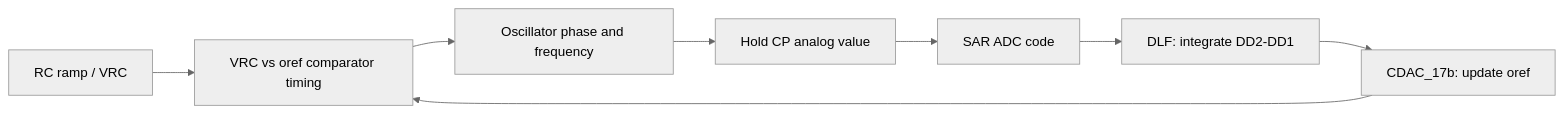
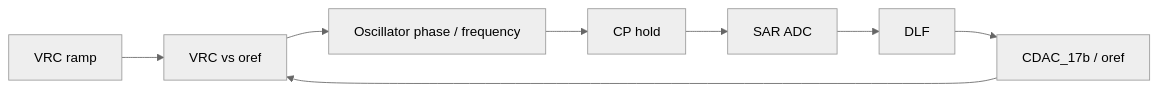
Before and after one commit to qkfka781-wq/RCoscillator: the diagram in docs/top_loop.md, drawn with Mermaid (neutral theme). The commit also changed other lines of this file and 8 other files, not shown here.

````diff
--- a/docs/top_loop.md
+++ b/docs/top_loop.md
@@ -17,10 +9,10 @@
 ```mermaid
 flowchart LR
-    A["RC ramp / VRC"] --> B["VRC vs oref comparator timing"]
-    B --> C["Oscillator phase and frequency"]
-    C --> D["Hold CP analog value"]
-    D --> E["SAR ADC code"]
-    E --> F["DLF: integrate DD2-DD1"]
-    F --> G["CDAC_17b: update oref"]
+    A["VRC ramp"] --> B["VRC vs oref"]
+    B --> C["Oscillator phase / frequency"]
+    C --> D["CP hold"]
+    D --> E["SAR ADC"]
+    E --> F["DLF"]
+    F --> G["CDAC_17b / oref"]
     G --> B
 ```
````
